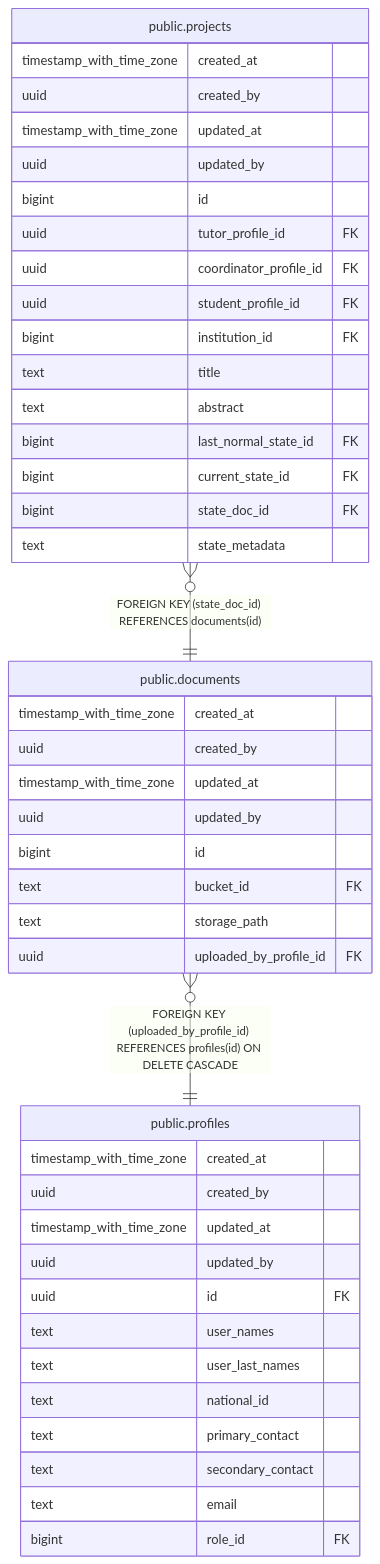
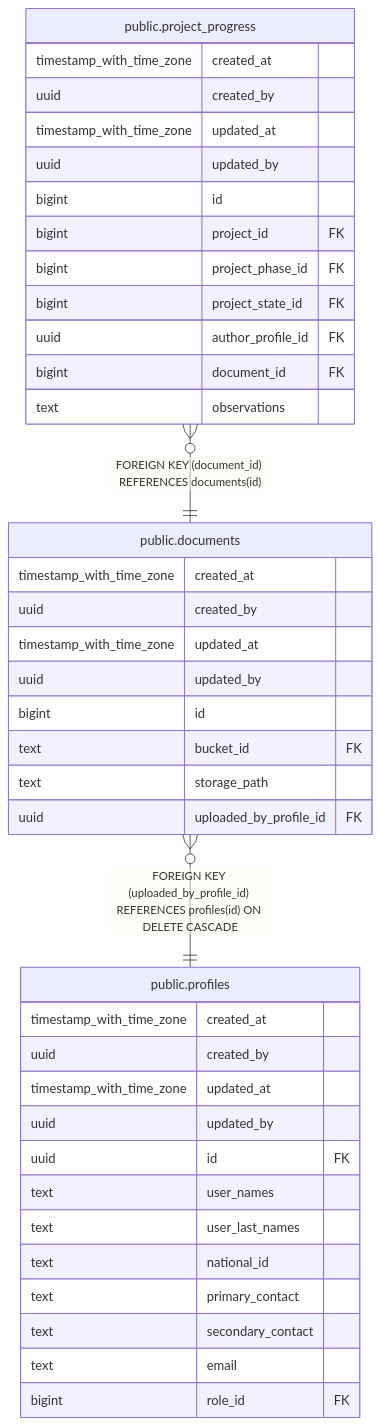
One commit to icristianhernandez/academic-service-backend changed the diagram in docs/db/tbls/public.documents.md. Above: the diagram before and after it, drawn with Mermaid. The commit also changed other lines of this file and 13 other files, not shown here.

First line of the commit message:
chore(db/docs): refactor projects state/phase, add progress tables

````diff
--- a/docs/db/tbls/public.documents.md
+++ b/docs/db/tbls/public.documents.md
@@ -43,48 +43,44 @@
 ```mermaid
 erDiagram
 
-"public.projects" }o--|| "public.documents" : "FOREIGN KEY (state_doc_id) REFERENCES documents(id)"
+"public.project_progress" }o--|| "public.documents" : "FOREIGN KEY (document_id) REFERENCES documents(id)"
 "public.documents" }o--|| "public.profiles" : "FOREIGN KEY (uploaded_by_profile_id) REFERENCES profiles(id) ON DELETE CASCADE"
 
 "public.documents" {
   timestamp_with_time_zone created_at ""
   uuid created_by ""
   timestamp_with_time_zone updated_at ""
   uuid updated_by ""
   bigint id ""
   text bucket_id FK ""
   text storage_path ""
   uuid uploaded_by_profile_id FK ""
 }
-"public.projects" {
+"public.project_progress" {
   timestamp_with_time_zone created_at ""
   uuid created_by ""
   timestamp_with_time_zone updated_at ""
   uuid updated_by ""
   bigint id ""
-  uuid tutor_profile_id FK ""
-  uuid coordinator_profile_id FK ""
-  uuid student_profile_id FK ""
-  bigint institution_id FK ""
-  text title ""
-  text abstract ""
-  bigint last_normal_state_id FK ""
-  bigint current_state_id FK ""
-  bigint state_doc_id FK ""
-  text state_metadata ""
+  bigint project_id FK ""
+  bigint project_phase_id FK ""
+  bigint project_state_id FK ""
+  uuid author_profile_id FK ""
+  bigint document_id FK ""
+  text observations ""
 }
 "public.profiles" {
   timestamp_with_time_zone created_at ""
   uuid created_by ""
   timestamp_with_time_zone updated_at ""
   uuid updated_by ""
   uuid id FK ""
   text user_names ""
   text user_last_names ""
   text national_id ""
   text primary_contact ""
   text secondary_contact ""
   text email ""
   bigint role_id FK ""
 }
 ```
````
